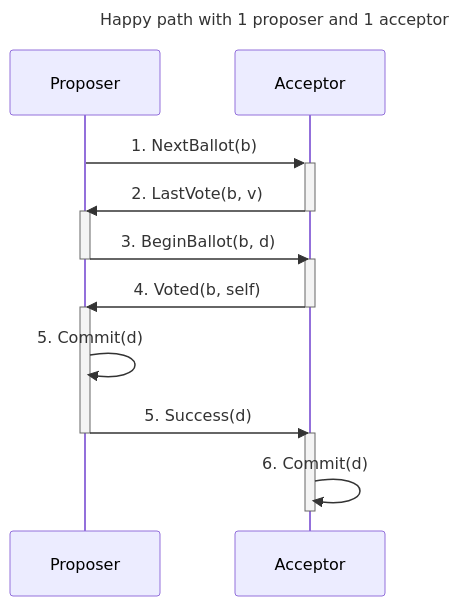
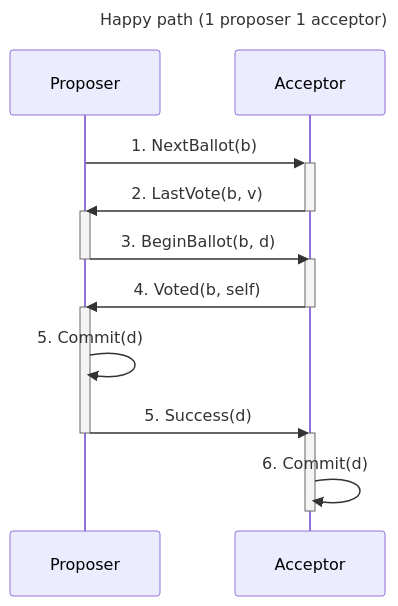
The diagram in docs/paxos.md (lambdaclass/consensus_task_force), drawn with Mermaid before and after one commit.

Commit message:
Improve diagram

````diff
--- a/docs/paxos.md
+++ b/docs/paxos.md
@@ -30,22 +30,22 @@
 ```mermaid
 ---
-title: Happy path with 1 proposer and 1 acceptor
+title: Happy path (1 proposer 1 acceptor)
 ---
 
 sequenceDiagram
     participant prp as Proposer
     participant acc as Acceptor
 
     prp ->>+ acc: 1. NextBallot(b)
     acc ->>- prp: 2. LastVote(b, v)
     activate prp
     prp ->> acc: 3. BeginBallot(b, d)
     deactivate prp
     activate acc
     acc ->>- prp: 4. Voted(b, self)
     activate prp
     prp ->> prp: 5. Commit(d)
     prp ->>- acc: 5. Success(d)
     activate acc
     acc ->>- acc: 6. Commit(d)
 ```
````
